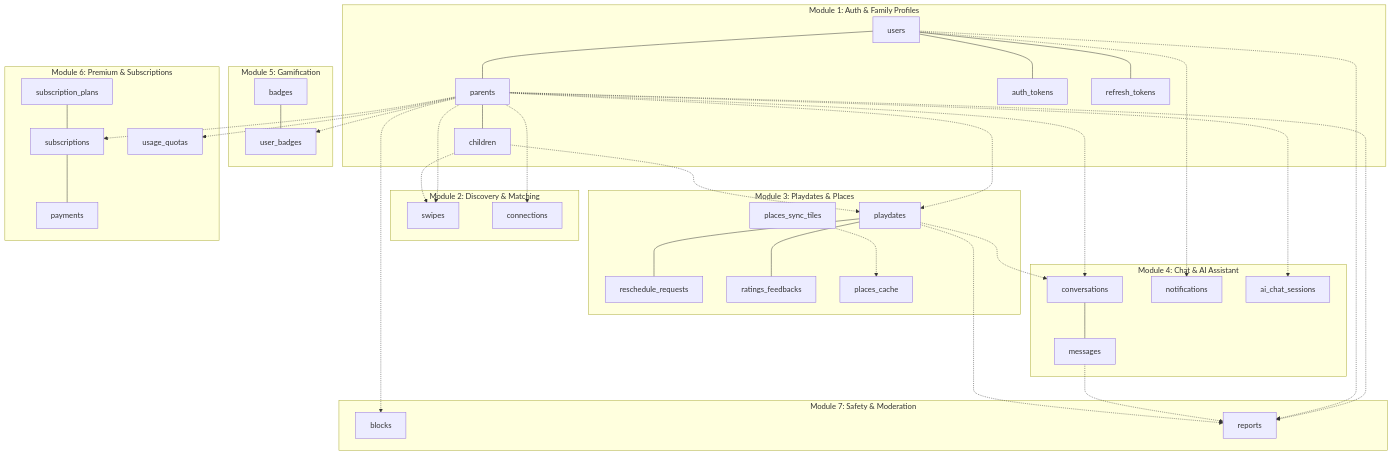
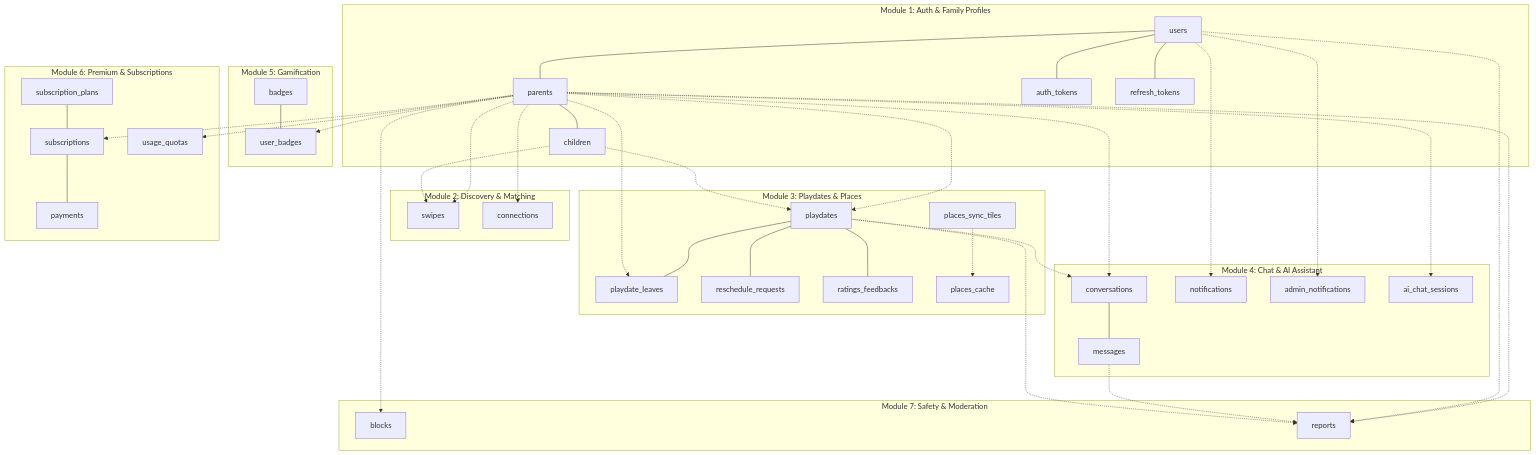
Before and after one commit to BuddyLink-Team/Back-End: the first of 8 diagrams in docs/DATABASE_SCHEMA.md, drawn with Mermaid. The commit also changed other lines of this file and 7 other files, not shown here.

Commit message:
feat(gamification): update badge handling and user badge model to use badgeId feat(database): enhance database schema with playdate leaves and admin notifications feat(import): add script to import seeded accounts from another database fix(seed): ensure correct plan restoration for existing accounts

````diff
--- a/docs/DATABASE_SCHEMA.md
+++ b/docs/DATABASE_SCHEMA.md
@@ -63,52 +63,55 @@
 ```mermaid
 flowchart TD
     subgraph M1["Module 1: Auth & Family Profiles"]
         U["users"] --- P["parents"]
         U --- AT["auth_tokens"]
         U --- RT["refresh_tokens"]
         P --- C["children"]
     end
 
     subgraph M2["Module 2: Discovery & Matching"]
         P -.-> SW["swipes"]
         C -.-> SW
         P -.-> CN["connections"]
     end
 
     subgraph M3["Module 3: Playdates & Places"]
         P -.-> PD["playdates"]
         C -.-> PD
+        PD --- PL["playdate_leaves"]
+        P -.-> PL
         PD --- RR["reschedule_requests"]
         PD --- RF["ratings_feedbacks"]
         PC["places_cache"]
         PST["places_sync_tiles"] -.-> PC
     end
 
     subgraph M4["Module 4: Chat & AI Assistant"]
         PD -.-> CV["conversations"]
         P -.-> CV
         CV --- MS["messages"]
         U -.-> NT["notifications"]
+        U -.-> AN["admin_notifications"]
         P -.-> AI["ai_chat_sessions"]
     end
 
     subgraph M5["Module 5: Gamification"]
         P -.-> UB["user_badges"]
         BG["badges"] --- UB
     end
 
     subgraph M6["Module 6: Premium & Subscriptions"]
         SP["subscription_plans"] --- SB["subscriptions"]
         P -.-> SB
         SB --- PM["payments"]
         P -.-> UQ["usage_quotas"]
     end
 
     subgraph M7["Module 7: Safety & Moderation"]
         P -.-> BL["blocks"]
         P -.-> RP["reports"]
         U -.-> RP
         MS -.-> RP
         PD -.-> RP
     end
 ```
````
